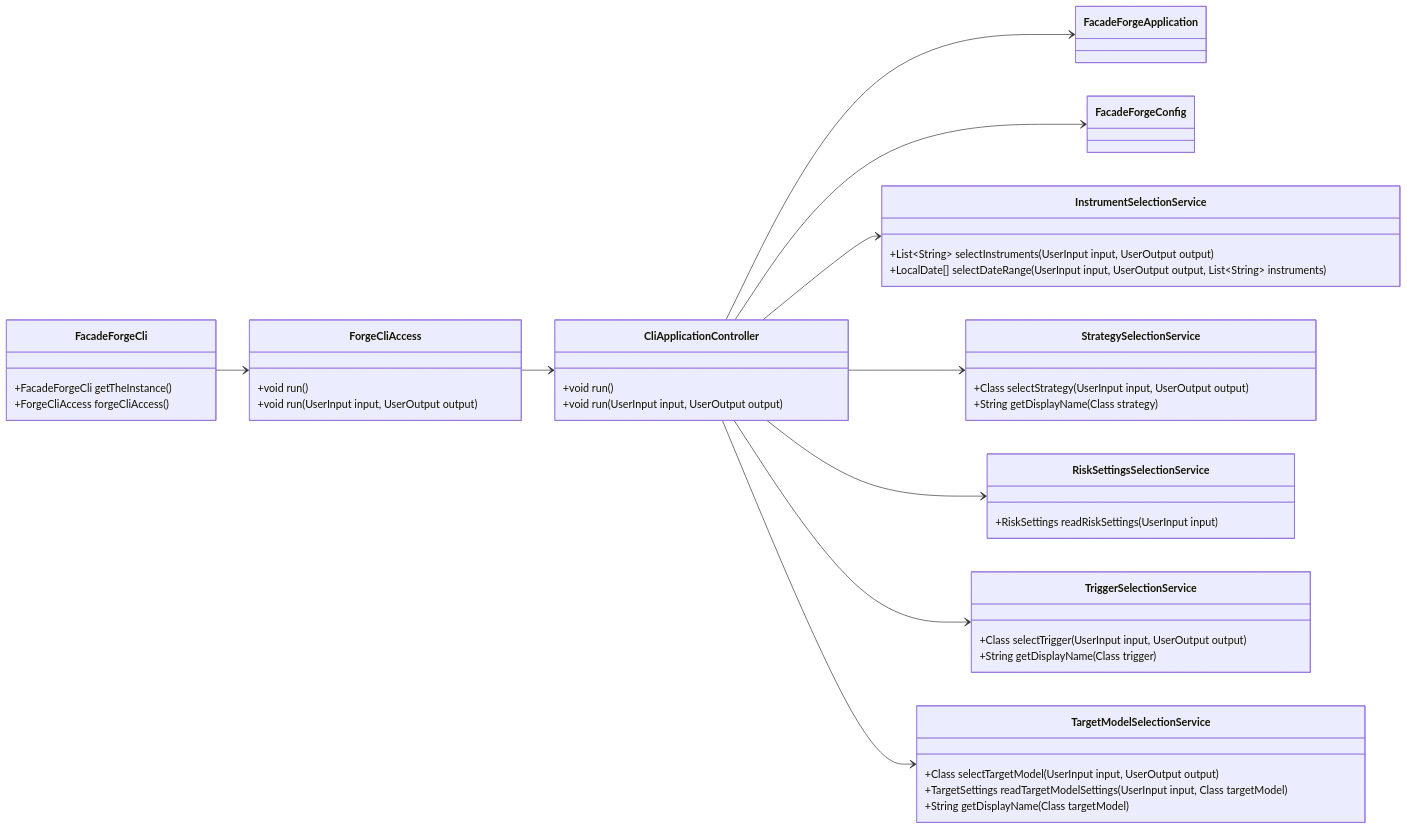
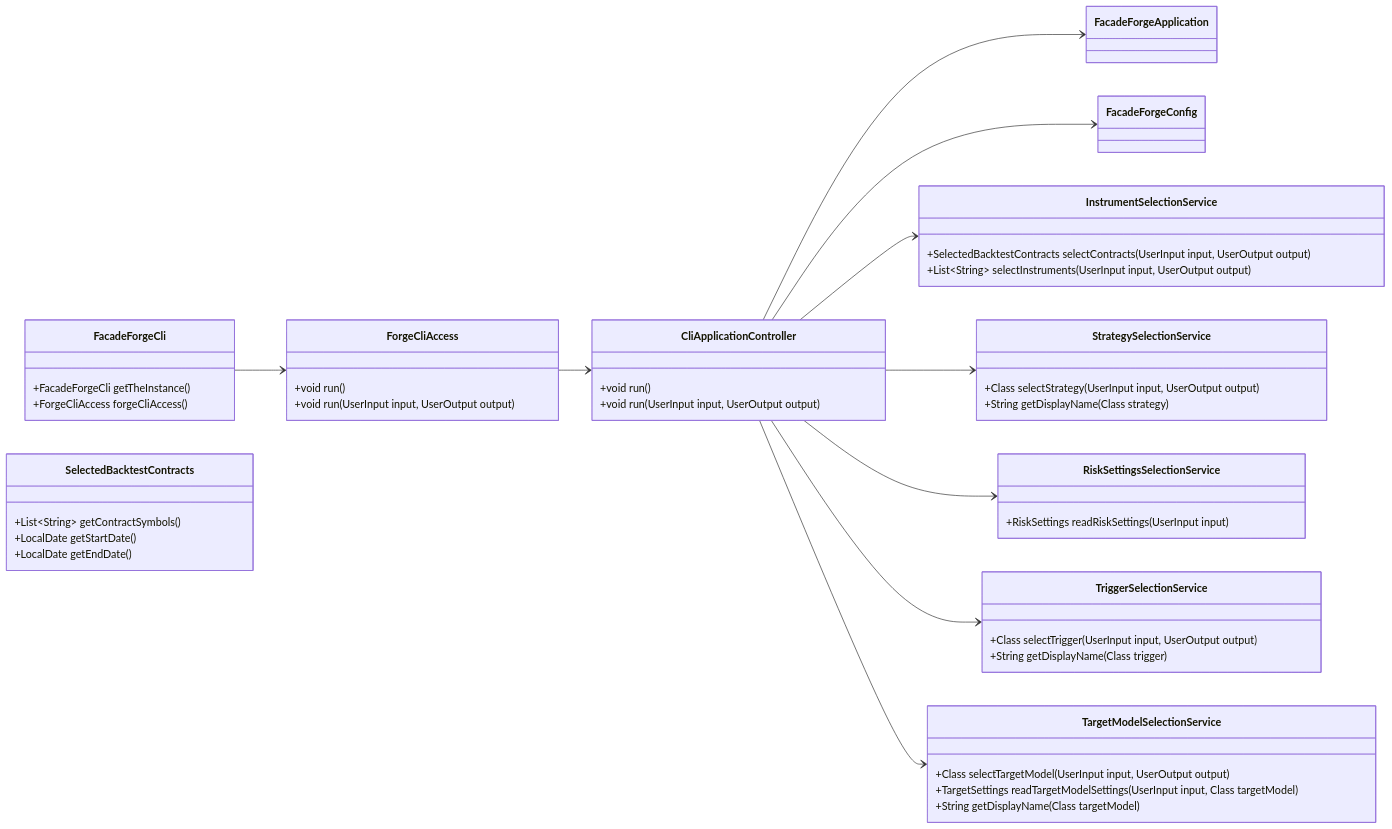
The fourth of 19 diagrams in class-model.md (probst-paul/FORGE), drawn with Mermaid before and after one commit. The commit also changed other lines of this file and 8 other files, not shown here.

````diff
--- a/class-model.md
+++ b/class-model.md
@@ -253,54 +247,60 @@
 ```mermaid
 classDiagram
     direction LR
 
     class FacadeForgeCli {
         +FacadeForgeCli getTheInstance()
         +ForgeCliAccess forgeCliAccess()
     }
 
     class ForgeCliAccess {
         +void run()
         +void run(UserInput input, UserOutput output)
     }
 
     class CliApplicationController {
         +void run()
         +void run(UserInput input, UserOutput output)
     }
 
     class InstrumentSelectionService {
+        +SelectedBacktestContracts selectContracts(UserInput input, UserOutput output)
         +List~String~ selectInstruments(UserInput input, UserOutput output)
-        +LocalDate[] selectDateRange(UserInput input, UserOutput output, List~String~ instruments)
+    }
+
+    class SelectedBacktestContracts {
+        +List~String~ getContractSymbols()
+        +LocalDate getStartDate()
+        +LocalDate getEndDate()
     }
 
     class StrategySelectionService {
         +Class selectStrategy(UserInput input, UserOutput output)
         +String getDisplayName(Class strategy)
     }
 
     class RiskSettingsSelectionService {
         +RiskSettings readRiskSettings(UserInput input)
     }
 
     class TriggerSelectionService {
         +Class selectTrigger(UserInput input, UserOutput output)
         +String getDisplayName(Class trigger)
     }
 
     class TargetModelSelectionService {
         +Class selectTargetModel(UserInput input, UserOutput output)
         +TargetSettings readTargetModelSettings(UserInput input, Class targetModel)
         +String getDisplayName(Class targetModel)
     }
 
     FacadeForgeCli --> ForgeCliAccess
     ForgeCliAccess --> CliApplicationController
     CliApplicationController --> FacadeForgeApplication
     CliApplicationController --> FacadeForgeConfig
     CliApplicationController --> InstrumentSelectionService
     CliApplicationController --> StrategySelectionService
     CliApplicationController --> RiskSettingsSelectionService
     CliApplicationController --> TriggerSelectionService
     CliApplicationController --> TargetModelSelectionService
 ```
````
